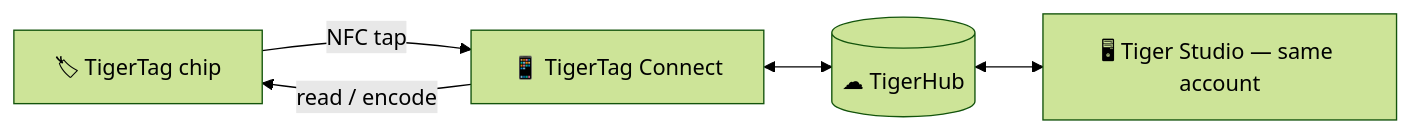
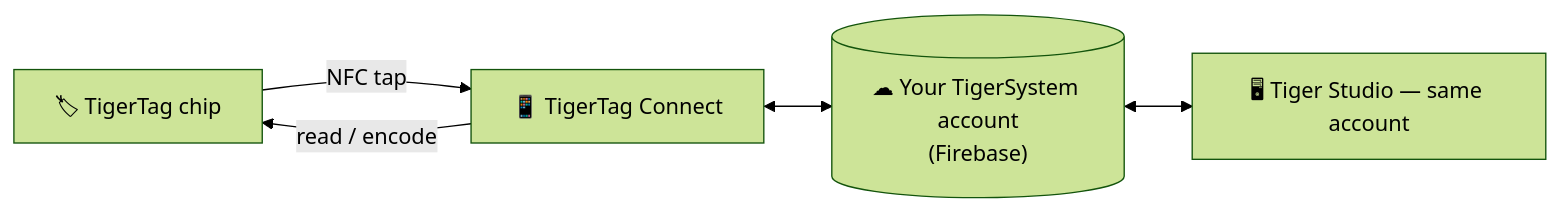
Before and after one commit to TigerTag-Project/TigerSystem-Docs: the diagram in docs/products/tigertag-connect.md, drawn with Mermaid (forest theme). The commit also changed other lines of this file and 22 other files, not shown here.

Commit message:
Correct the TigerHub definition: TigerHub is the tigersystem.io web platform (showcase + social sandbox); the backend is plain, unbranded Firebase

````diff
--- a/docs/products/tigertag-connect.md
+++ b/docs/products/tigertag-connect.md
@@ -13,7 +13,7 @@
 ```mermaid
 flowchart LR
     TAG["🏷 TigerTag chip"] -- "NFC tap" --> CO["📱 TigerTag Connect"]
     CO -- "read / encode" --> TAG
-    CO <--> CLOUD[("☁ TigerHub")]
+    CO <--> CLOUD[("☁ Your TigerSystem account<br/>(Firebase)")]
     CLOUD <--> ST["🖥 Tiger Studio — same account"]
 ```
````
